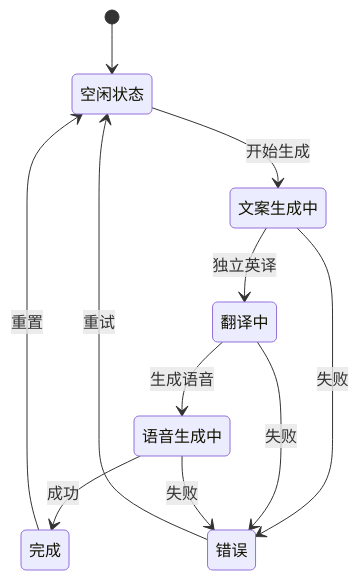
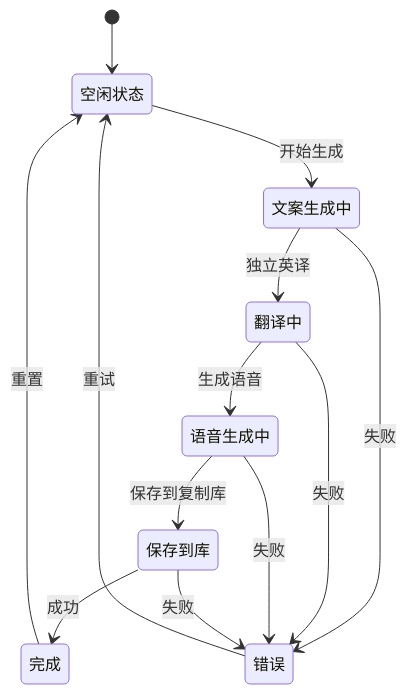
Before and after one commit to hanksd769-droid/sailshub: the second of 8 diagrams in .qoder/repowiki/zh/content/Product Copy Page.md, drawn with Mermaid. The commit also changed other lines of this file and 6 other files, not shown here.

````diff
--- a/.qoder/repowiki/zh/content/Product Copy Page.md
+++ b/.qoder/repowiki/zh/content/Product Copy Page.md
@@ -107,13 +135,15 @@
 ```mermaid
 stateDiagram-v2
 [*] --> 空闲状态
 空闲状态 --> 文案生成中 : 开始生成
 文案生成中 --> 翻译中 : 独立英译
 翻译中 --> 语音生成中 : 生成语音
-语音生成中 --> 完成 : 成功
+语音生成中 --> 保存到库 : 保存到复制库
+保存到库 --> 完成 : 成功
 文案生成中 --> 错误 : 失败
 翻译中 --> 错误 : 失败
 语音生成中 --> 错误 : 失败
+保存到库 --> 错误 : 失败
 错误 --> 空闲状态 : 重试
 完成 --> 空闲状态 : 重置
 ```
````
